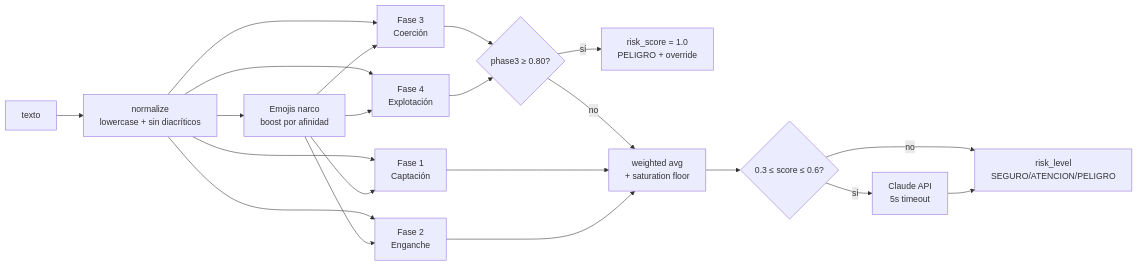
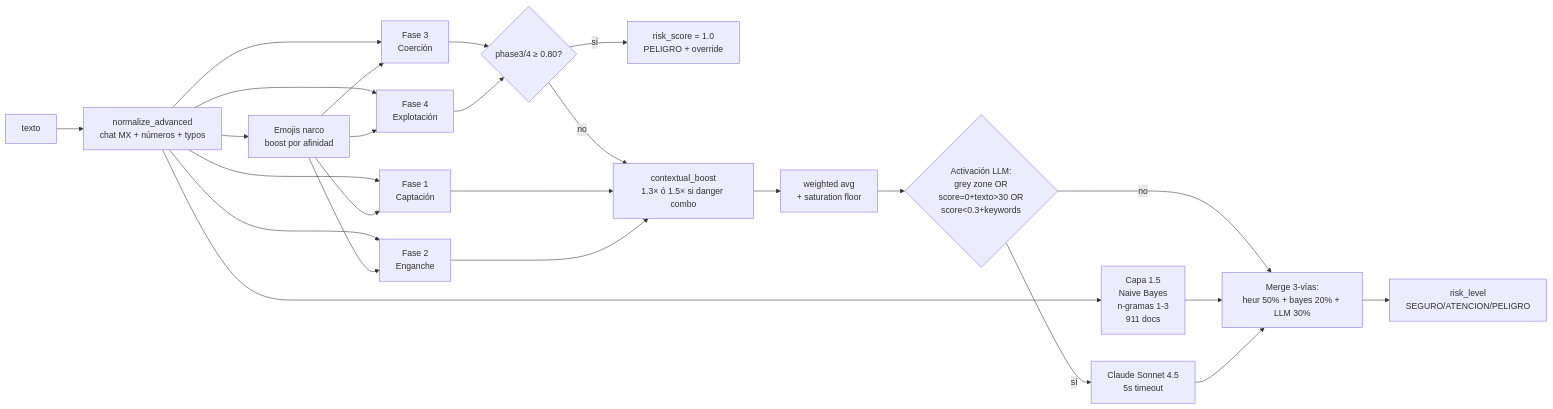
One commit to startuplab-mx/HCKMX26-1776651006 changed the third of 4 diagrams in docs/arquitectura.md. Above: the diagram before and after it, drawn with Mermaid. The commit also changed other lines of this file and 5 other files, not shown here.

````diff
--- a/docs/arquitectura.md
+++ b/docs/arquitectura.md
@@ -92,23 +92,27 @@
 ```mermaid
 flowchart LR
-    T[texto] --> N[normalize<br/>lowercase + sin diacríticos]
+    T[texto] --> N[normalize_advanced<br/>chat MX + números + typos]
     N --> P1[Fase 1<br/>Captación]
     N --> P2[Fase 2<br/>Enganche]
     N --> P3[Fase 3<br/>Coerción]
     N --> P4[Fase 4<br/>Explotación]
     N --> EM[Emojis narco<br/>boost por afinidad]
+    N --> BAY[Capa 1.5<br/>Naive Bayes<br/>n-gramas 1-3<br/>911 docs]
     EM --> P1
     EM --> P2
     EM --> P3
     EM --> P4
-    P3 --> OV{phase3 ≥ 0.80?}
+    P3 --> OV{phase3/4 ≥ 0.80?}
     P4 --> OV
     OV -- sí --> R1[risk_score = 1.0<br/>PELIGRO + override]
-    OV -- no --> W[weighted avg<br/>+ saturation floor]
-    P1 --> W
-    P2 --> W
-    W --> GZ{0.3 ≤ score ≤ 0.6?}
-    GZ -- sí --> LLM[Claude API<br/>5s timeout]
-    GZ -- no --> R2[risk_level<br/>SEGURO/ATENCION/PELIGRO]
-    LLM --> R2
+    OV -- no --> CB[contextual_boost<br/>1.3× ó 1.5× si danger combo]
+    P1 --> CB
+    P2 --> CB
+    CB --> W[weighted avg<br/>+ saturation floor]
+    W --> ACT{Activación LLM:<br/>grey zone OR<br/>score=0+texto>30 OR<br/>score<0.3+keywords}
+    ACT -- sí --> LLM[Claude Sonnet 4.5<br/>5s timeout]
+    ACT -- no --> MERGE[Merge 3-vías:<br/>heur 50% + bayes 20% + LLM 30%]
+    BAY --> MERGE
+    LLM --> MERGE
+    MERGE --> R2[risk_level<br/>SEGURO/ATENCION/PELIGRO]
 ```
````
